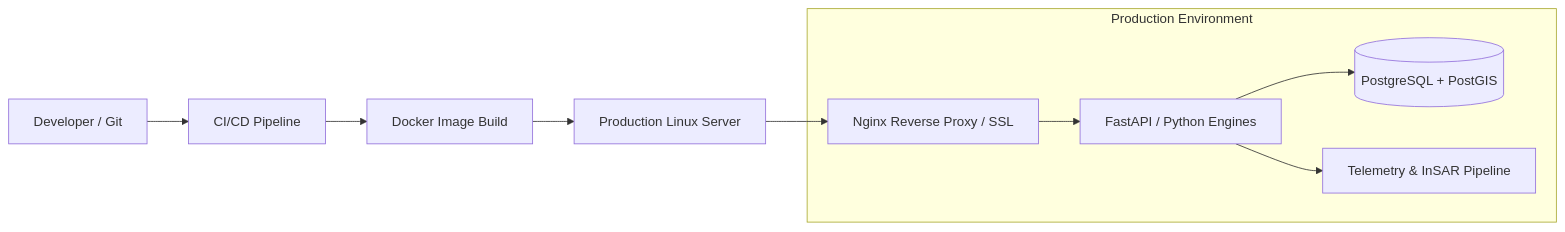
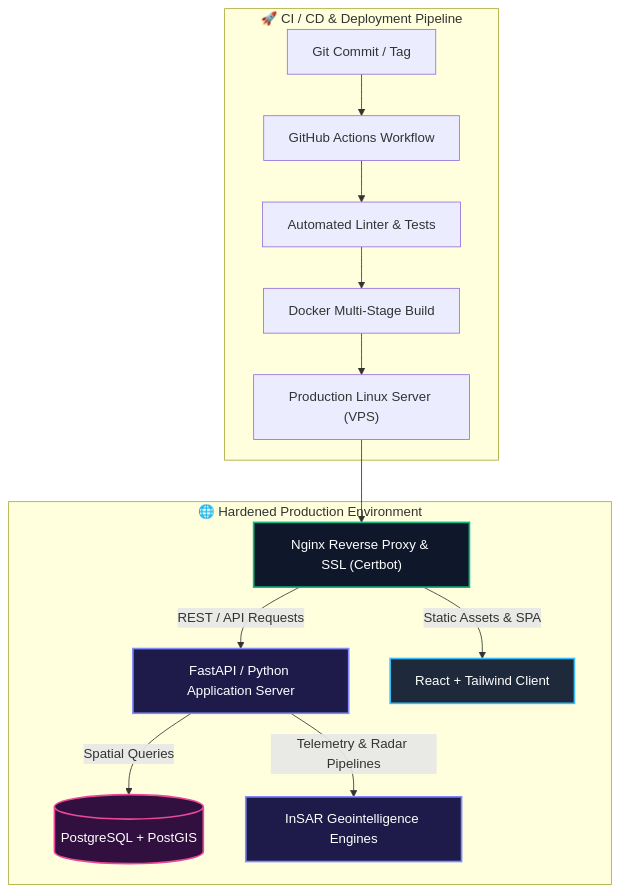
The diagram in README.md (hxcdevnull/hxcdevnull), drawn with Mermaid before and after one commit. The commit also changed other lines of this file, not shown here.

Commit message:
style(ui/ux): deep dive redesign with animated banners, skill icons, custom mermaid themes and dynamic stats

````diff
--- a/README.md
+++ b/README.md
@@ -47,14 +65,24 @@
 ```mermaid
-flowchart LR
-    Dev[Developer / Git] --> Actions[CI/CD Pipeline]
-    Actions --> Build[Docker Image Build]
-    Build --> VPS[Production Linux Server]
-    
-    subgraph Server["Production Environment"]
-        Nginx[Nginx Reverse Proxy / SSL] --> API[FastAPI / Python Engines]
-        API --> DB[(PostgreSQL + PostGIS)]
-        API --> Engine[Telemetry & InSAR Pipeline]
+flowchart TD
+    classDef client fill:#1E293B,stroke:#38BDF8,stroke-width:2px,color:#fff;
+    classDef proxy fill:#0F172A,stroke:#10B981,stroke-width:2px,color:#fff;
+    classDef backend fill:#1E1B4B,stroke:#818CF8,stroke-width:2px,color:#fff;
+    classDef data fill:#31103F,stroke:#EC4899,stroke-width:2px,color:#fff;
+
+    subgraph CI_CD["🚀 CI / CD & Deployment Pipeline"]
+        Git["Git Commit / Tag"] --> GH["GitHub Actions Workflow"]
+        GH --> Test["Automated Linter & Tests"]
+        Test --> Build["Docker Multi-Stage Build"]
+        Build --> Deploy["Production Linux Server (VPS)"]
     end
-    
-    VPS --> Nginx
+
+    subgraph PROD["🌐 Hardened Production Environment"]
+        Deploy --> Nginx["Nginx Reverse Proxy & SSL (Certbot)"]:::proxy
+        
+        Nginx -->|"REST / API Requests"| API["FastAPI / Python Application Server"]:::backend
+        Nginx -->|"Static Assets & SPA"| UI["React + Tailwind Client"]:::client
+        
+        API -->|"Spatial Queries"| DB[("PostgreSQL + PostGIS")]:::data
+        API -->|"Telemetry & Radar Pipelines"| Engines["InSAR Geointelligence Engines"]:::backend
+    end
 ```
````
